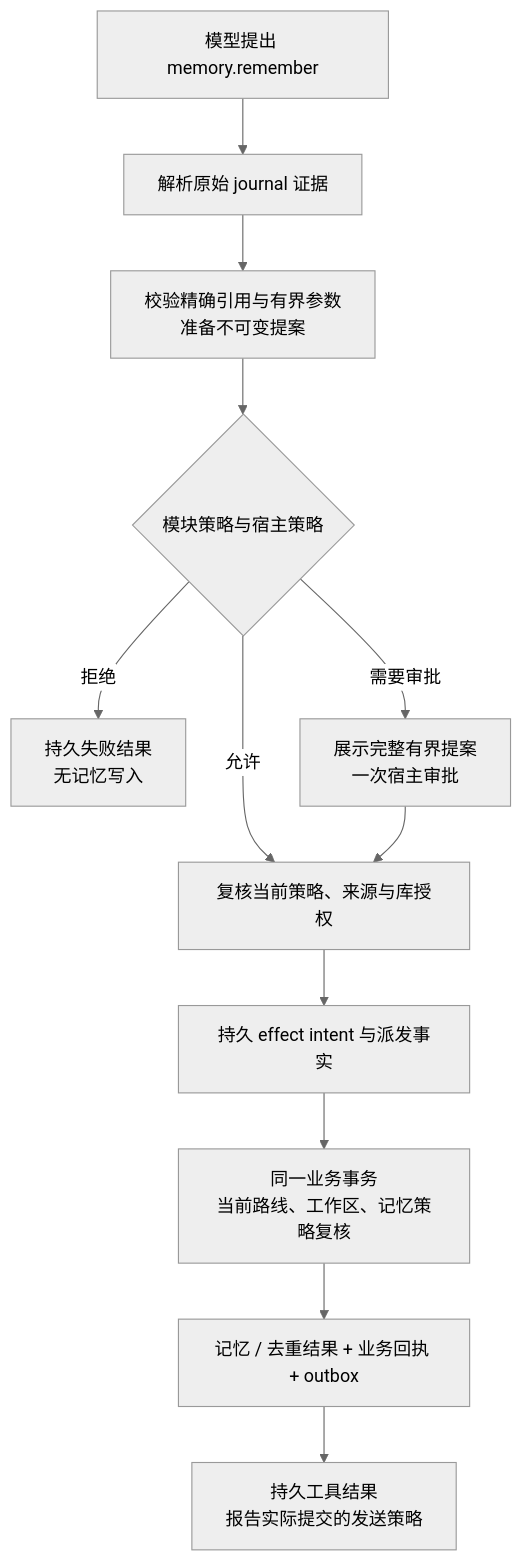
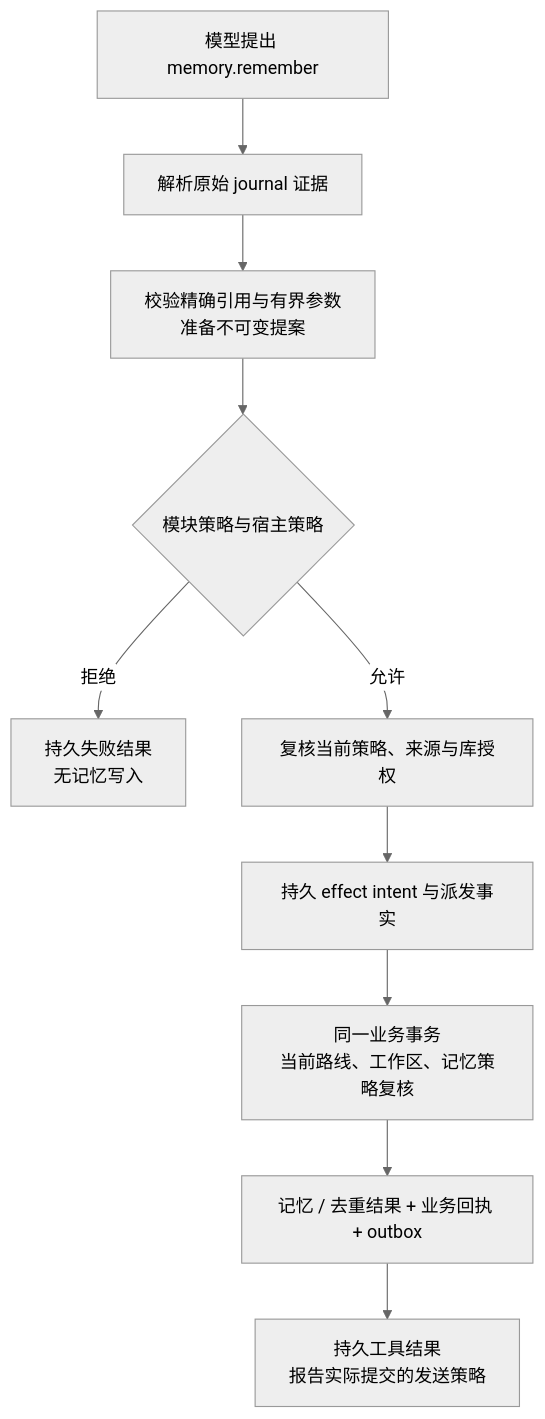
The second of 2 diagrams in docs/architecture/MEMORY_IMPLEMENTATION.md (alwynou/mira), drawn with Mermaid (neutral theme) before and after one commit. The commit also changed other lines of this file and 251 other files, not shown here.

````diff
--- a/docs/architecture/MEMORY_IMPLEMENTATION.md
+++ b/docs/architecture/MEMORY_IMPLEMENTATION.md
@@ -48,14 +52,12 @@
 ```mermaid
 flowchart TD
     Input[模型提出 memory.remember] --> Evidence[解析原始 journal 证据]
     Evidence --> Prepare[校验精确引用与有界参数\n准备不可变提案]
     Prepare --> Decision{模块策略与宿主策略}
     Decision -->|拒绝| Denied[持久失败结果\n无记忆写入]
-    Decision -->|需要审批| Review[展示完整有界提案\n一次宿主审批]
     Decision -->|允许| Check[复核当前策略、来源与库授权]
-    Review --> Check
     Check --> Intent[持久 effect intent 与派发事实]
     Intent --> Transaction[同一业务事务\n当前路线、工作区、记忆策略复核]
     Transaction --> Commit[记忆 / 去重结果 + 业务回执 + outbox]
     Commit --> Result[持久工具结果\n报告实际提交的发送策略]
 ```
````
